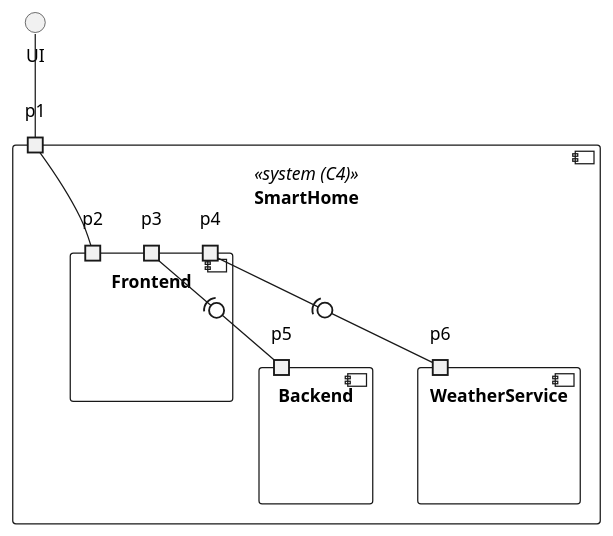
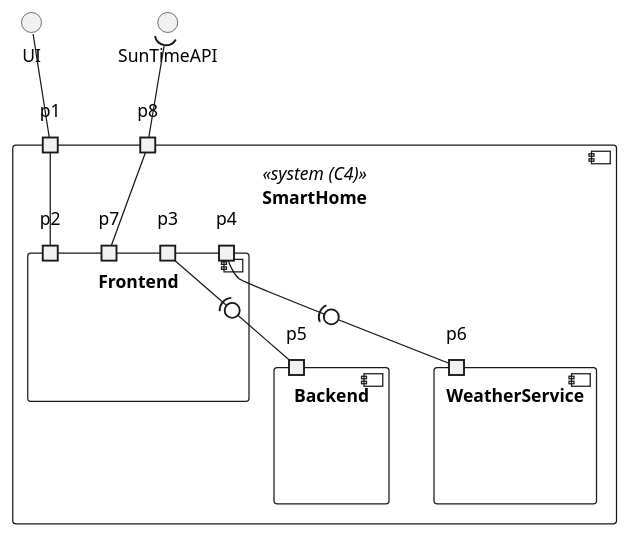
Before and after one commit to olivDiogo/SmartHome: the diagram in docs/ooa/C4_4plus1_models/Level2/LogicalView/LogicViewLevel2_V2.puml, drawn with PlantUML. The commit also changed 2 other files, not shown here.

```diff
--- a/docs/ooa/C4_4plus1_models/Level2/LogicalView/LogicViewLevel2_V2.puml
+++ b/docs/ooa/C4_4plus1_models/Level2/LogicalView/LogicViewLevel2_V2.puml
@@ -1,29 +1,33 @@
 @startuml
 'https://plantuml.com/component-diagram
 component SmartHome <<system (C4)>> {
 
     port p1
+    port p8
 
     component Frontend {
         port p2
         port p3
         port p4
+        port p7
     }
 
     component Backend {
             port p5
         }
 
     component WeatherService {
 
             port p6
         }
 }
 
 p1 -up- UI
 p1 - p2
 p3 -(0- p5
 p4 -(0- p6
+p7 -down- p8
+p8 -up-( SunTimeAPI
 
 
 @enduml
```
